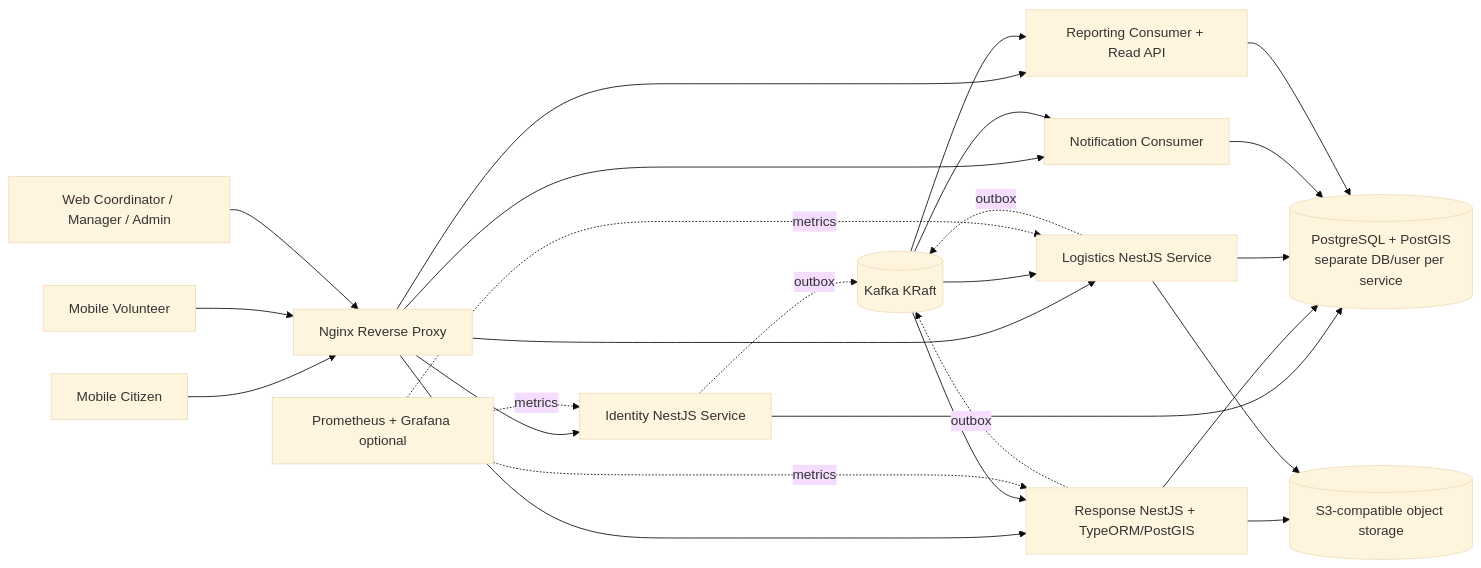
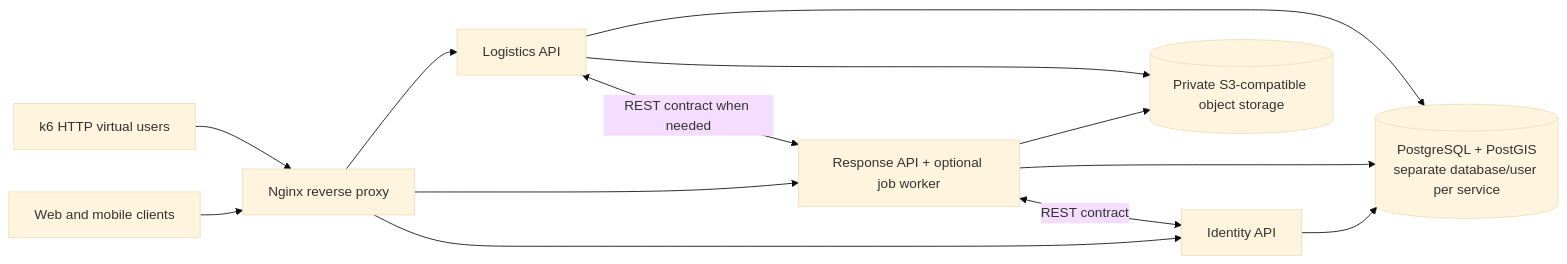
The first of 6 diagrams in docs/c48-technology-and-delivery-plan.md (sangvirgo/disaster-relief-management), drawn with Mermaid (base theme) before and after one commit. The commit also changed other lines of this file and 1 other file, not shown here.

````diff
--- a/docs/c48-technology-and-delivery-plan.md
+++ b/docs/c48-technology-and-delivery-plan.md
@@ -148,42 +162,24 @@
 ```mermaid
 flowchart LR
-  Citizen[Mobile Citizen]
-  Volunteer[Mobile Volunteer]
-  Staff[Web Coordinator / Manager / Admin]
-  Nginx[Nginx Reverse Proxy]
-  Identity[Identity NestJS Service]
-  Response[Response NestJS + TypeORM/PostGIS]
-  Logistics[Logistics NestJS Service]
-  Notification[Notification Consumer]
-  Reporting[Reporting Consumer + Read API]
-  PG[(PostgreSQL + PostGIS<br/>separate DB/user per service)]
-  Kafka[(Kafka KRaft)]
-  S3[(S3-compatible object storage)]
-  Obs[Prometheus + Grafana optional]
+  Clients[Web and mobile clients]
+  Proxy[Nginx reverse proxy]
+  Identity[Identity API]
+  Response[Response API + optional job worker]
+  Logistics[Logistics API]
+  DB[(PostgreSQL + PostGIS<br/>separate database/user per service)]
+  S3[(Private S3-compatible object storage)]
+  Load[k6 HTTP virtual users]
 
-  Citizen --> Nginx
-  Volunteer --> Nginx
-  Staff --> Nginx
-  Nginx --> Identity
-  Nginx --> Response
-  Nginx --> Logistics
-  Nginx --> Notification
-  Nginx --> Reporting
-  Identity --> PG
-  Response --> PG
-  Logistics --> PG
-  Notification --> PG
-  Reporting --> PG
+  Clients --> Proxy
+  Proxy --> Identity
+  Proxy --> Response
+  Proxy --> Logistics
+  Identity --> DB
+  Response --> DB
+  Logistics --> DB
   Response --> S3
   Logistics --> S3
-  Identity -. outbox .-> Kafka
-  Response -. outbox .-> Kafka
-  Logistics -. outbox .-> Kafka
-  Kafka --> Notification
-  Kafka --> Reporting
-  Kafka --> Response
-  Kafka --> Logistics
-  Obs -. metrics .-> Identity
-  Obs -. metrics .-> Response
-  Obs -. metrics .-> Logistics
+  Response <-->|REST contract| Identity
+  Logistics <-->|REST contract when needed| Response
+  Load --> Proxy
 ```
````
